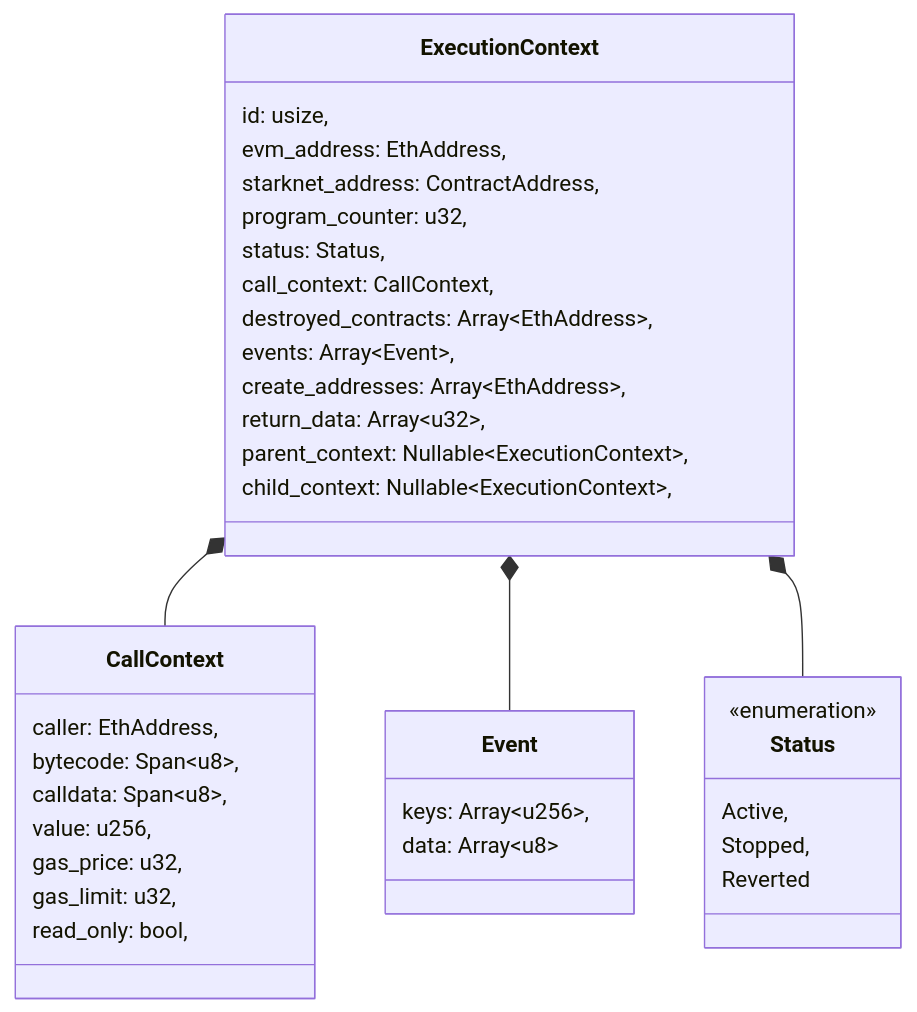
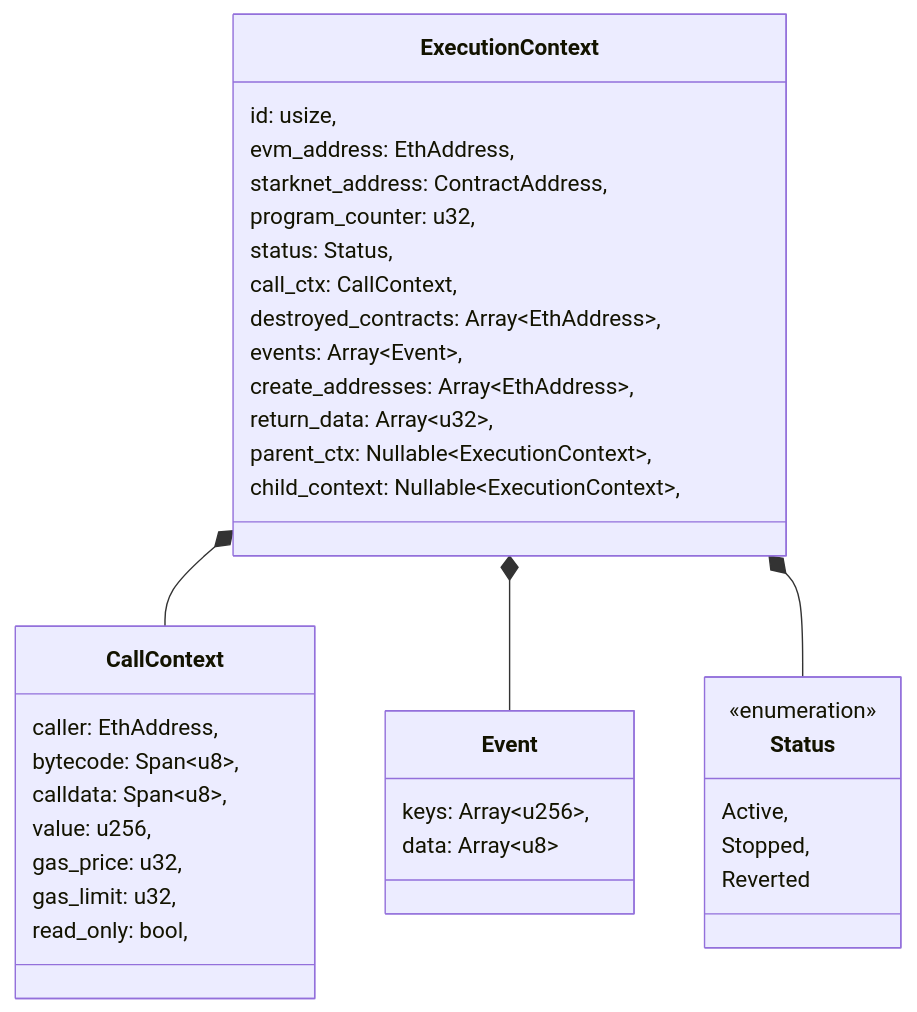
One commit to kkrt-labs/kakarot-ssj changed the first of 2 diagrams in docs/general/execution_context.md. Above: the diagram before and after it, drawn with Mermaid. The commit also changed other lines of this file and 7 other files, not shown here.

Commit message:
refactor: rename context into ctx

````diff
--- a/docs/general/execution_context.md
+++ b/docs/general/execution_context.md
@@ -16,43 +16,43 @@
 ```mermaid
 classDiagram
     class ExecutionContext{
         id: usize,
         evm_address: EthAddress,
         starknet_address: ContractAddress,
         program_counter: u32,
         status: Status,
-        call_context: CallContext,
+        call_ctx: CallContext,
         destroyed_contracts: Array~EthAddress~,
         events: Array~Event~,
         create_addresses: Array~EthAddress~,
         return_data: Array~u32~,
-        parent_context: Nullable~ExecutionContext~,
+        parent_ctx: Nullable~ExecutionContext~,
         child_context: Nullable~ExecutionContext~,
     }
 
     class CallContext{
         caller: EthAddress,
         bytecode: Span~u8~,
         calldata: Span~u8~,
         value: u256,
         gas_price: u32,
         gas_limit: u32,
         read_only: bool,
     }
 
     class Event{
         keys: Array~u256~,
         data: Array~u8~
     }
 
     class Status{
     <<enumeration>>
       Active,
       Stopped,
       Reverted
     }
 
     ExecutionContext *-- CallContext
     ExecutionContext *-- Event
     ExecutionContext *-- Status
 ```
````
